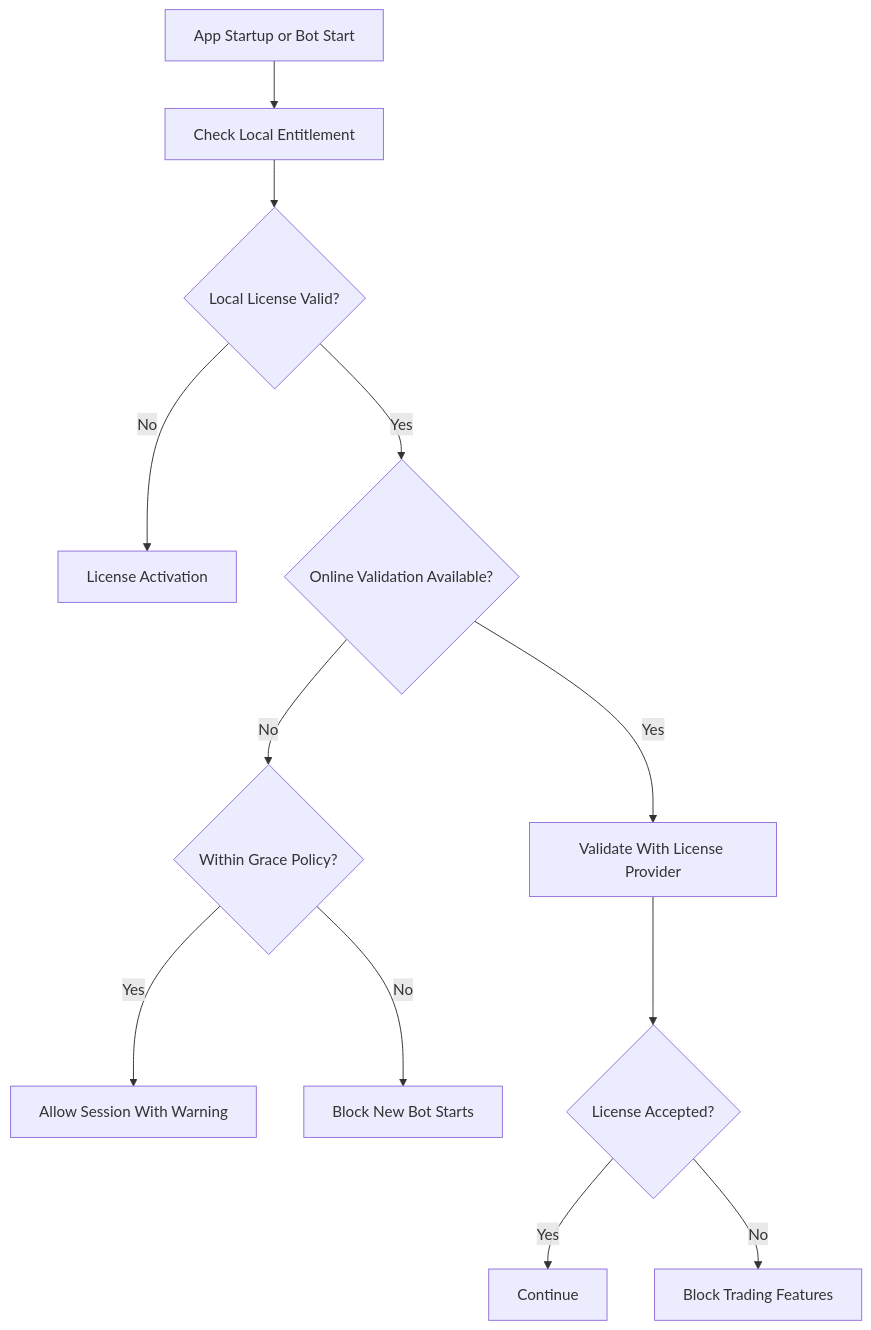
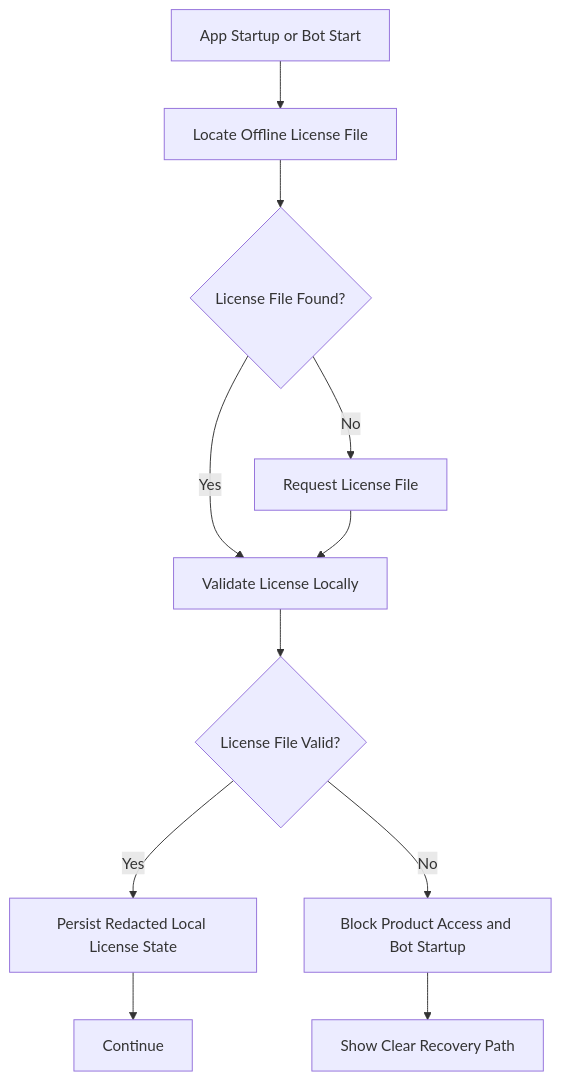
Diagram 16 of 23 in docs/architecture.md (yukasung/tiewtrade), drawn with Mermaid before and after one commit. The commit also changed other lines of this file and 5 other files, not shown here.

Commit message:
Align architecture documentation decisions

````diff
--- a/docs/architecture.md
+++ b/docs/architecture.md
@@ -1321,14 +1655,13 @@
 ```mermaid
 flowchart TD
-    Start["App Startup or Bot Start"] --> Local["Check Local Entitlement"]
-    Local --> ValidLocal{"Local License Valid?"}
-    ValidLocal -- "No" --> Activation["License Activation"]
-    ValidLocal -- "Yes" --> Online{"Online Validation Available?"}
-    Online -- "Yes" --> Result["Validate With License Provider"]
-    Online -- "No" --> Grace{"Within Grace Policy?"}
-    Grace -- "Yes" --> Warn["Allow Session With Warning"]
-    Grace -- "No" --> Block["Block New Bot Starts"]
-    Result --> Status{"License Accepted?"}
-    Status -- "Yes" --> Continue["Continue"]
-    Status -- "No" --> Invalid["Block Trading Features"]
+    Start["App Startup or Bot Start"] --> File["Locate Offline License File"]
+    File --> Exists{"License File Found?"}
+    Exists -- "No" --> Select["Request License File"]
+    Exists -- "Yes" --> Validate["Validate License Locally"]
+    Select --> Validate
+    Validate --> Status{"License File Valid?"}
+    Status -- "Yes" --> Persist["Persist Redacted Local License State"]
+    Persist --> Continue["Continue"]
+    Status -- "No" --> Block["Block Product Access and Bot Startup"]
+    Block --> Recovery["Show Clear Recovery Path"]
 ```
````
